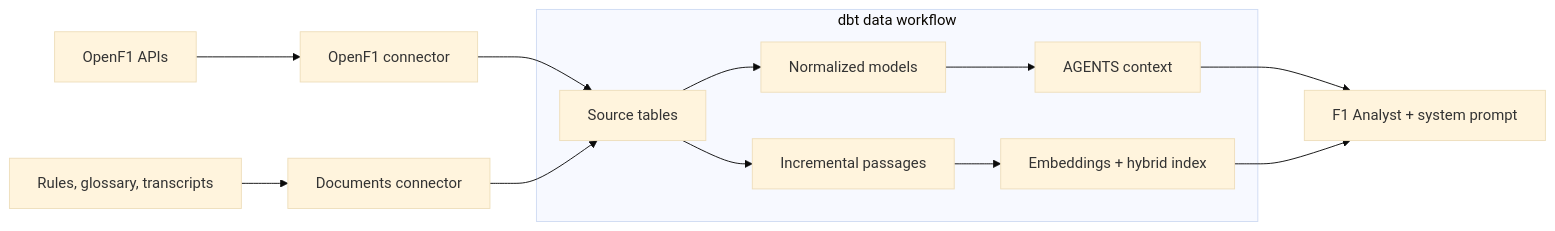
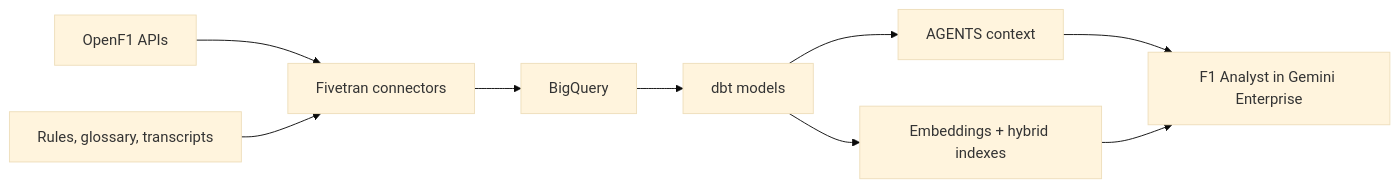
The diagram in README.md (fivetran/f1-demo), drawn with Mermaid (base theme) before and after one commit. The commit also changed other lines of this file, not shown here.

````diff
--- a/README.md
+++ b/README.md
@@ -5,15 +5,11 @@
 ```mermaid
 flowchart LR
-    O[OpenF1 APIs] --> F[OpenF1 connector]
-    D[Rules, glossary, transcripts] --> C[Documents connector]
-    F --> S[Source tables]
-    C --> S
-    subgraph dbt [dbt data workflow]
-        S --> N[Normalized models]
-        N --> A[AGENTS context]
-        S --> P[Incremental passages]
-        P --> E[Embeddings + hybrid index]
-    end
-    A --> G[F1 Analyst + system prompt]
+    O[OpenF1 APIs] --> F[Fivetran connectors]
+    D[Rules, glossary, transcripts] --> F
+    F --> B[BigQuery]
+    B --> M[dbt models]
+    M --> A[AGENTS context]
+    M --> E[Embeddings + hybrid indexes]
+    A --> G[F1 Analyst in Gemini Enterprise]
     E --> G
 ```
````
